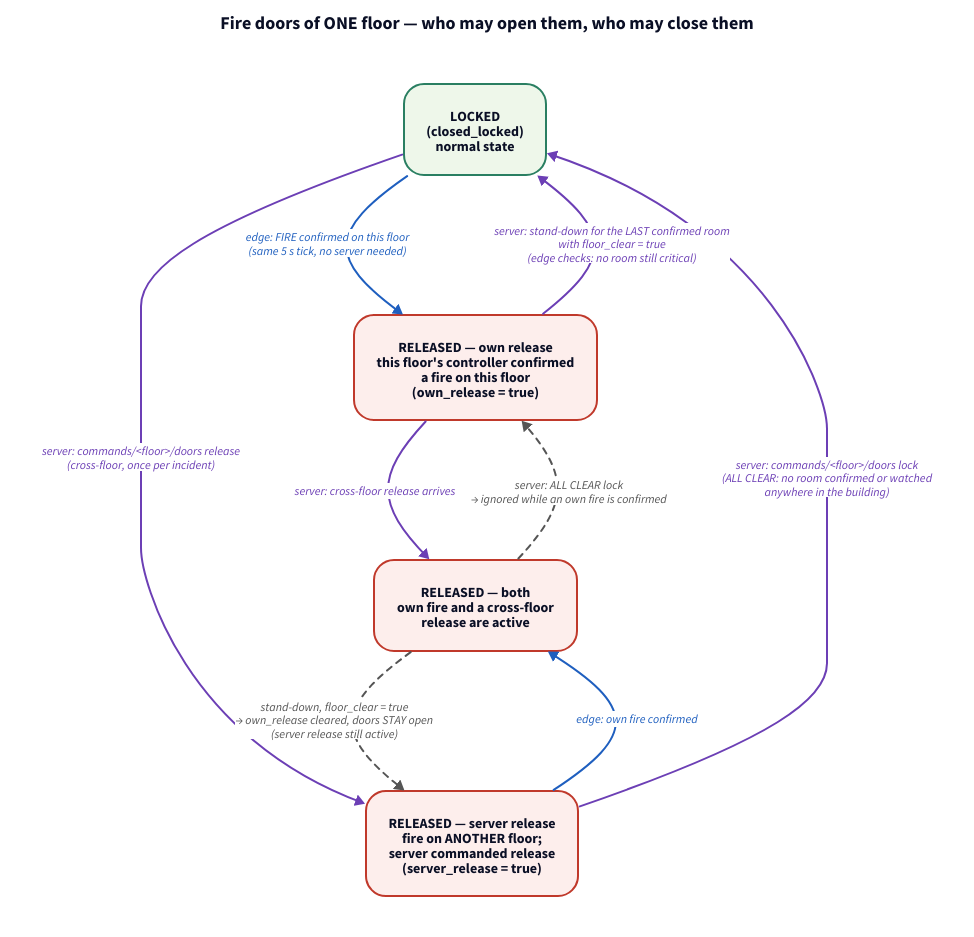
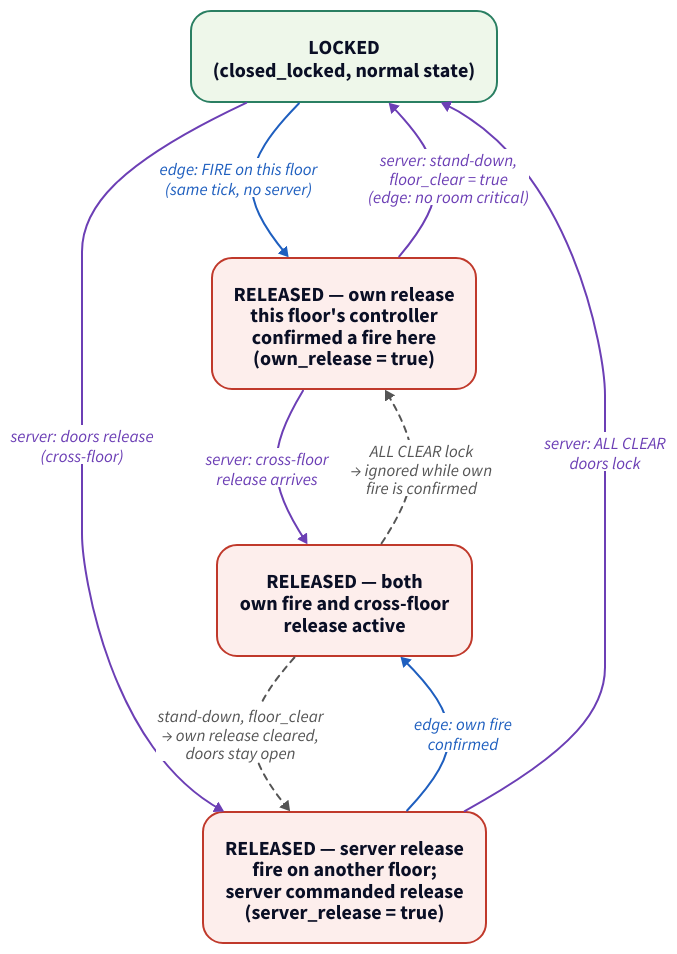
The diagram in docs/diagrams/04-door-ownership.d2 (applied-ai-ltu/d7065e), drawn with D2 before and after one commit. The commit also changed other lines of this file and 18 other files, not shown here.

Commit message:
docs: door-state diagram redrawn; acknowledgement of AI tool use in report and README

```diff
--- a/docs/diagrams/04-door-ownership.d2
+++ b/docs/diagrams/04-door-ownership.d2
@@ -1,38 +1,23 @@
 direction: down
 
 classes: {
-  locked: {style: {border-radius: 20; stroke: "#2a7f62"; fill: "#eef7ea"; font-size: 14; bold: true; stroke-width: 2}}
-  released: {style: {border-radius: 20; stroke: "#c0392b"; fill: "#fdeeec"; font-size: 14; bold: true; stroke-width: 2}}
-  edge: {style: {stroke: "#1f5fbf"; font-color: "#1f5fbf"; font-size: 12}}
-  server: {style: {stroke: "#6c3fb5"; font-color: "#6c3fb5"; font-size: 12}}
-  guard: {style: {stroke: "#555"; font-color: "#555"; font-size: 12; stroke-dash: 3}}
-  box: {style: {stroke-width: 2; border-radius: 8; font-size: 15; bold: true}}
+  locked: {style: {border-radius: 20; stroke: "#2a7f62"; fill: "#eef7ea"; font-size: 20; bold: true; stroke-width: 2}}
+  released: {style: {border-radius: 20; stroke: "#c0392b"; fill: "#fdeeec"; font-size: 20; bold: true; stroke-width: 2}}
+  edge: {style: {stroke: "#1f5fbf"; font-color: "#1f5fbf"; font-size: 17; stroke-width: 2}}
+  server: {style: {stroke: "#6c3fb5"; font-color: "#6c3fb5"; font-size: 17; stroke-width: 2}}
+  guard: {style: {stroke: "#555"; font-color: "#555"; font-size: 17; stroke-dash: 3}}
 }
 
-title: "Fire doors of ONE floor — who may open them, who may close them" {
-  shape: text
-  style.font-size: 18
-  style.bold: true
-  near: top-center
-}
+locked: "LOCKED\n(closed_locked, normal state)" {class: locked}
+own: "RELEASED — own release\nthis floor's controller\nconfirmed a fire here\n(own_release = true)" {class: released}
+srv: "RELEASED — server release\nfire on another floor;\nserver commanded release\n(server_release = true)" {class: released}
+both: "RELEASED — both\nown fire and cross-floor\nrelease active" {class: released}
 
-floor: "" {
-  class: box
-  style.stroke: transparent
-  style.fill: transparent
-
-  locked: "LOCKED\n(closed_locked)\nnormal state" {class: locked}
-  own: "RELEASED — own release\nthis floor's controller confirmed\na fire on this floor\n(own_release = true)" {class: released}
-  srv: "RELEASED — server release\nfire on ANOTHER floor;\nserver commanded release\n(server_release = true)" {class: released}
-  both: "RELEASED — both\nown fire and a cross-floor\nrelease are active" {class: released}
-
-  locked -> own: "edge: FIRE confirmed on this floor\n(same 5 s tick, no server needed)" {class: edge}
-  locked -> srv: "server: commands/<floor>/doors release\n(cross-floor, once per incident)" {class: server}
-  own -> both: "server: cross-floor release arrives" {class: server}
-  srv -> both: "edge: own fire confirmed" {class: edge}
-
-  own -> locked: "server: stand-down for the LAST confirmed room\nwith floor_clear = true\n(edge checks: no room still critical)" {class: server}
-  both -> srv: "stand-down, floor_clear = true\n→ own_release cleared, doors STAY open\n(server release still active)" {class: guard}
-  srv -> locked: "server: commands/<floor>/doors lock\n(ALL CLEAR: no room confirmed or watched\nanywhere in the building)" {class: server}
-  both -> own: "server: ALL CLEAR lock\n→ ignored while an own fire is confirmed" {class: guard}
-}
+locked -> own: "edge: FIRE on this floor\n(same tick, no server)" {class: edge}
+locked -> srv: "server: doors release\n(cross-floor)" {class: server}
+own -> both: "server: cross-floor\nrelease arrives" {class: server}
+srv -> both: "edge: own fire\nconfirmed" {class: edge}
+own -> locked: "server: stand-down,\nfloor_clear = true\n(edge: no room critical)" {class: server}
+srv -> locked: "server: ALL CLEAR\ndoors lock" {class: server}
+both -> srv: "stand-down, floor_clear\n→ own release cleared,\ndoors stay open" {class: guard}
+both -> own: "ALL CLEAR lock\n→ ignored while own\nfire is confirmed" {class: guard}
```
